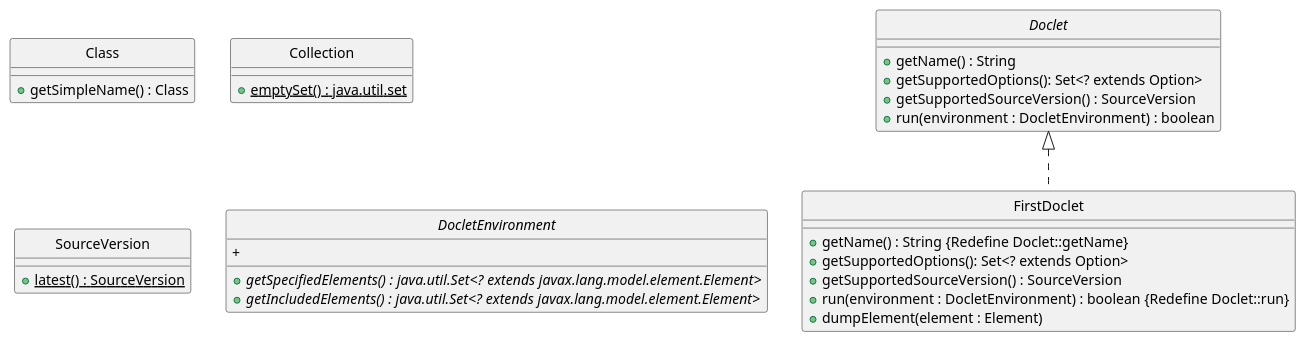
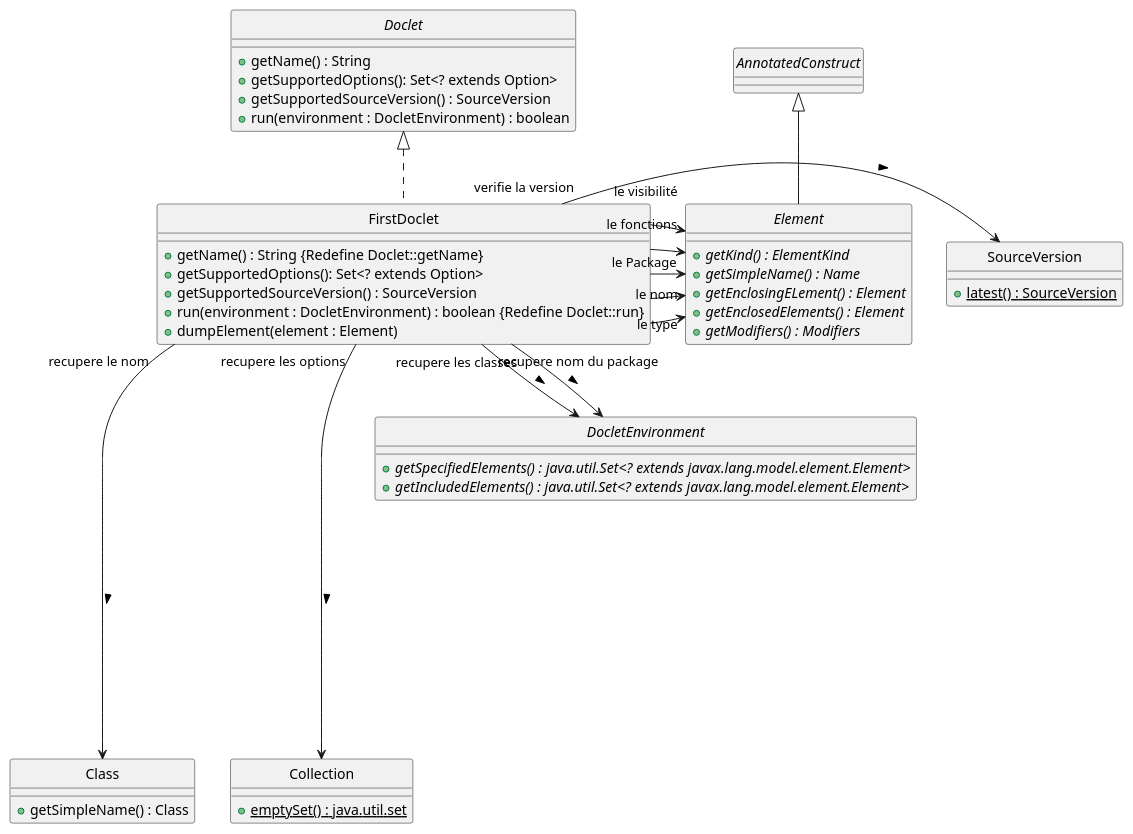
The diagram in out/production/p21_projet/pumlFromJava/DCCDoclet.puml (D3B1RUM4N/PumlFromJava), drawn with PlantUML before and after one commit. The commit also changed 5 other files, not shown here.

```diff
--- a/out/production/p21_projet/pumlFromJava/DCCDoclet.puml
+++ b/out/production/p21_projet/pumlFromJava/DCCDoclet.puml
@@ -1,39 +1,63 @@
 @startuml
 'https://plantuml.com/sequence-diagram
 
 skinparam style strictuml
 
 class FirstDoclet implements Doclet{
     + getName() : String {Redefine Doclet::getName}
     + getSupportedOptions(): Set<? extends Option>
     + getSupportedSourceVersion() : SourceVersion
     + run(environment : DocletEnvironment) : boolean {Redefine Doclet::run}
     + dumpElement(element : Element)
 }
 
 interface Doclet{
     + getName() : String
     + getSupportedOptions(): Set<? extends Option>
     + getSupportedSourceVersion() : SourceVersion
     + run(environment : DocletEnvironment) : boolean
 }
 
-Class Class{
+class Class{
     + getSimpleName() : Class
 }
 
-Class Collection{
+FirstDoclet "recupere le nom" ------> Class : >
+
+class Collection{
     + {static}emptySet() : java.util.set
 }
+
+FirstDoclet "recupere les options" ------> Collection : >
 
 enum SourceVersion{
     + {static}latest() : SourceVersion
 }
 
+FirstDoclet "verifie la version" -> SourceVersion : >
+
 interface DocletEnvironment{
     + {abstract}getSpecifiedElements() :  java.util.Set<? extends javax.lang.model.element.Element>
     + {abstract}getIncludedElements() :  java.util.Set<? extends javax.lang.model.element.Element>
-    +
+}
 
+FirstDoclet "recupere nom du package" --> DocletEnvironment : >
+FirstDoclet "recupere les classes" --> DocletEnvironment: >
+
+
+interface Element extends AnnotatedConstruct{
+    + {abstract}getKind() : ElementKind
+    + {abstract}getSimpleName() : Name
+    + {abstract}getEnclosingELement() : Element
+    + {abstract}getEnclosedElements() : Element
+    + {abstract}getModifiers() : Modifiers
 }
+
+FirstDoclet "le type" -> Element
+FirstDoclet "le nom" -> Element
+FirstDoclet "le Package" -> Element
+FirstDoclet "le fonctions" -> Element
+FirstDoclet "le visibilité" -> Element
+
+
 @enduml
```
